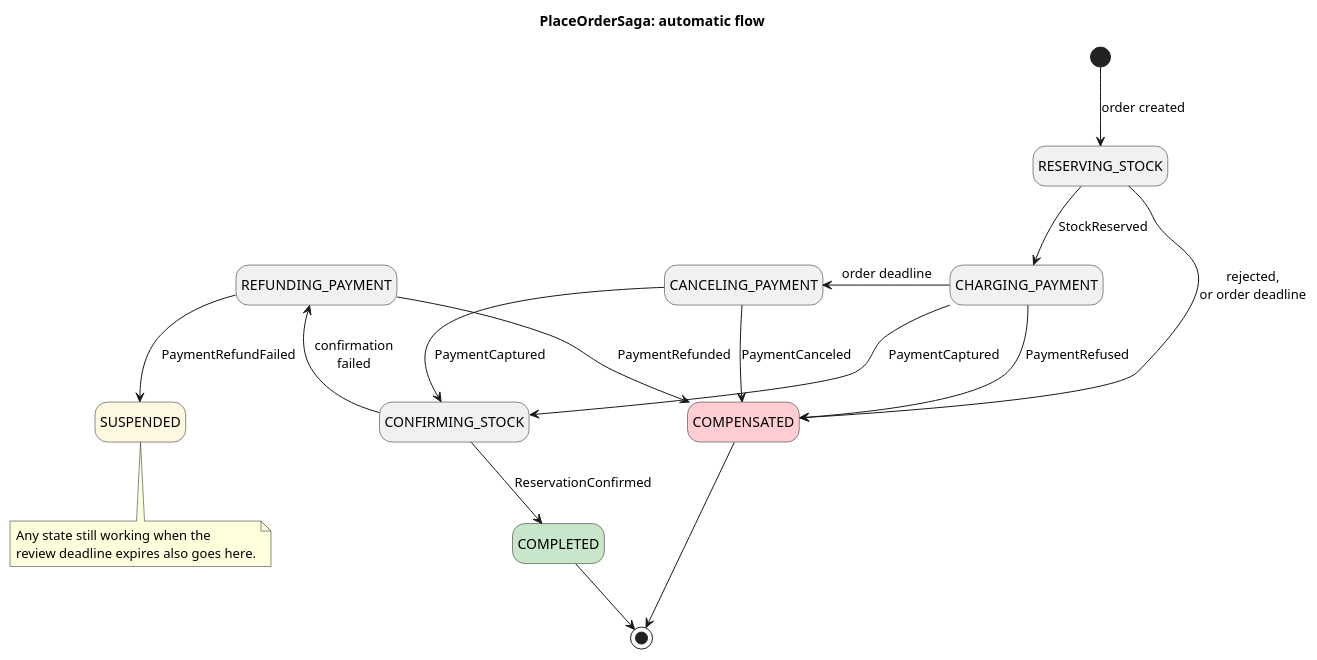
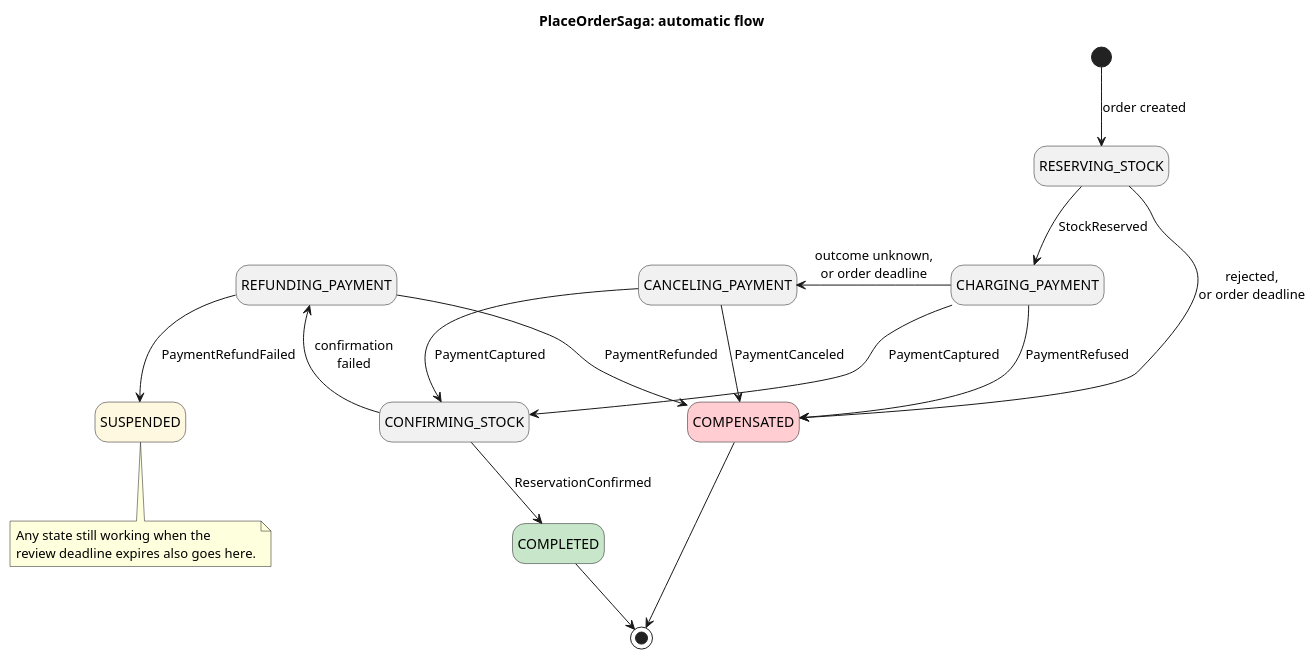
One commit to AxeloLabs/alten-commerce-platform changed the diagram in doc/2-spec/02-domain-design/diagrams/saga-place-order.puml. Above: the diagram before and after it, drawn with PlantUML. The commit also changed 21 other files, not shown here.

```diff
--- a/doc/2-spec/02-domain-design/diagrams/saga-place-order.puml
+++ b/doc/2-spec/02-domain-design/diagrams/saga-place-order.puml
@@ -1,36 +1,36 @@
 @startuml
 title PlaceOrderSaga: automatic flow
 
 hide empty description
 
 state RESERVING_STOCK
 state CHARGING_PAYMENT
 state CANCELING_PAYMENT
 state CONFIRMING_STOCK
 state REFUNDING_PAYMENT
 state SUSPENDED #FFF8E1
 state COMPLETED #C8E6C9
 state COMPENSATED #FFCDD2
 
 [*] --> RESERVING_STOCK : order created
 RESERVING_STOCK --> CHARGING_PAYMENT : StockReserved
 CHARGING_PAYMENT --> CONFIRMING_STOCK : PaymentCaptured
 CONFIRMING_STOCK --> COMPLETED : ReservationConfirmed
 
 RESERVING_STOCK -right-> COMPENSATED : rejected,\nor order deadline
 CHARGING_PAYMENT -right-> COMPENSATED : PaymentRefused
-CHARGING_PAYMENT -left-> CANCELING_PAYMENT : order deadline
+CHARGING_PAYMENT -left-> CANCELING_PAYMENT : outcome unknown,\nor order deadline
 CANCELING_PAYMENT --> CONFIRMING_STOCK : PaymentCaptured
 CANCELING_PAYMENT --> COMPENSATED : PaymentCanceled
 CONFIRMING_STOCK -left-> REFUNDING_PAYMENT : confirmation\nfailed
 REFUNDING_PAYMENT --> COMPENSATED : PaymentRefunded
 REFUNDING_PAYMENT --> SUSPENDED : PaymentRefundFailed
 
 COMPLETED --> [*]
 COMPENSATED --> [*]
 
 note bottom of SUSPENDED
   Any state still working when the
   review deadline expires also goes here.
 end note
 @enduml
```
